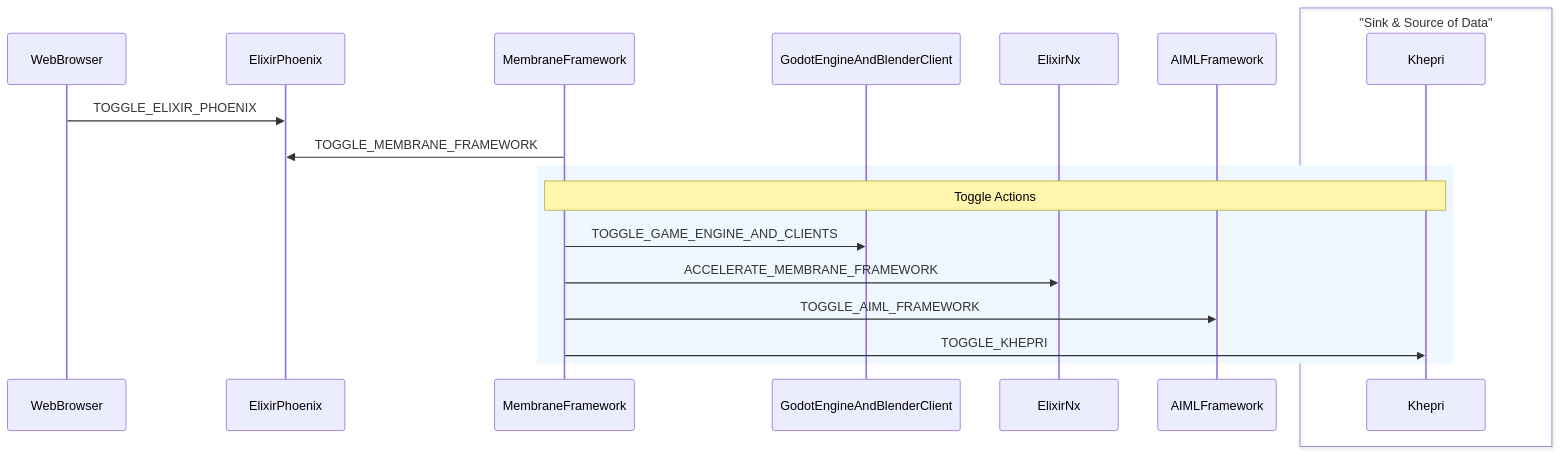
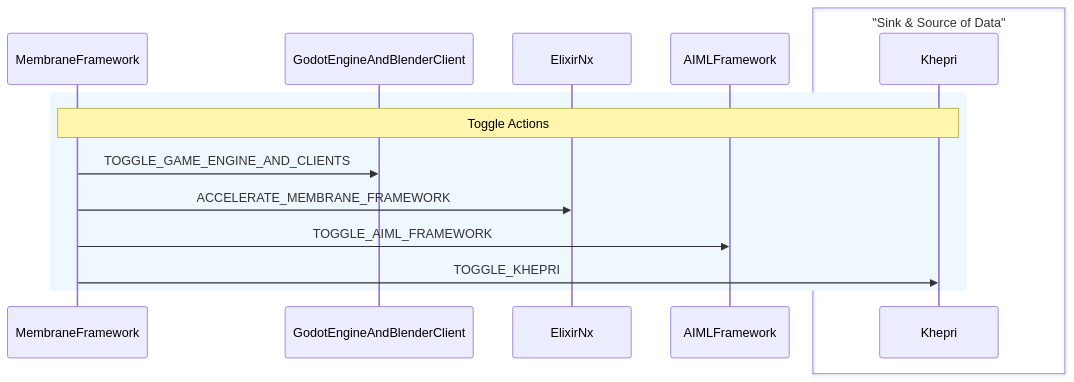
One commit to V-Sekai/manuals changed the diagram in decisions/20230618-membrane-framework-for-mesh-processing.md. Above: the diagram before and after it, drawn with Mermaid.

Commit message:
Reduce complexity for Networked Procedural Generation

````diff
--- a/decisions/20230618-membrane-framework-for-mesh-processing.md
+++ b/decisions/20230618-membrane-framework-for-mesh-processing.md
@@ -21,25 +21,20 @@
 ```mermaid
 sequenceDiagram
-  participant WebBrowser
-  participant ElixirPhoenix
   participant MembraneFramework
   participant GodotEngineAndBlenderClient
   participant ElixirNx
   participant AIMLFramework
   participant Khepri
-
-  WebBrowser->>ElixirPhoenix: TOGGLE_ELIXIR_PHOENIX
-  MembraneFramework->>ElixirPhoenix: TOGGLE_MEMBRANE_FRAMEWORK
 
   rect rgb(240, 248, 255)
     note over MembraneFramework, Khepri: Toggle Actions
     MembraneFramework->>GodotEngineAndBlenderClient: TOGGLE_GAME_ENGINE_AND_CLIENTS
     MembraneFramework->>ElixirNx: ACCELERATE_MEMBRANE_FRAMEWORK
     MembraneFramework->>AIMLFramework: TOGGLE_AIML_FRAMEWORK
     MembraneFramework->>Khepri: TOGGLE_KHEPRI
   end
 
   box "Sink & Source of Data" #FFCCCC
     participant Khepri
   end
 ```
````
